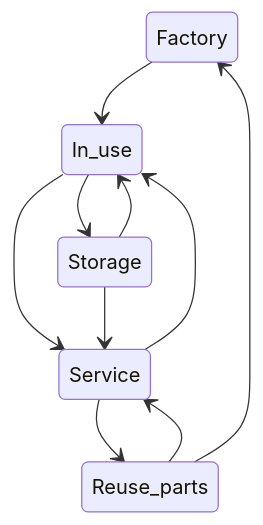
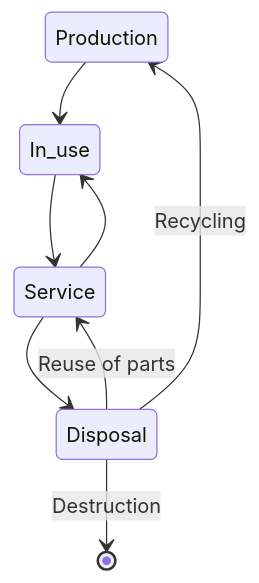
The diagram in profile/README.md (sirktek/.github), drawn with Mermaid before and after one commit. The commit also changed other lines of this file, not shown here.

````diff
--- a/profile/README.md
+++ b/profile/README.md
@@ -7,12 +7,10 @@
 ```mermaid
 stateDiagram-v2
-    Factory --> In_use
+    Production --> In_use
     In_use --> Service
     Service --> In_use
-    In_use --> Storage
-    Storage --> Service
-    Storage --> In_use
-    Service --> Reuse_parts
-    Reuse_parts --> Service
-    Reuse_parts --> Factory
+    Service --> Disposal
+    Disposal --> Service: Reuse of parts
+    Disposal --> Production: Recycling
+    Disposal --> [*]: Destruction
 ```
````
